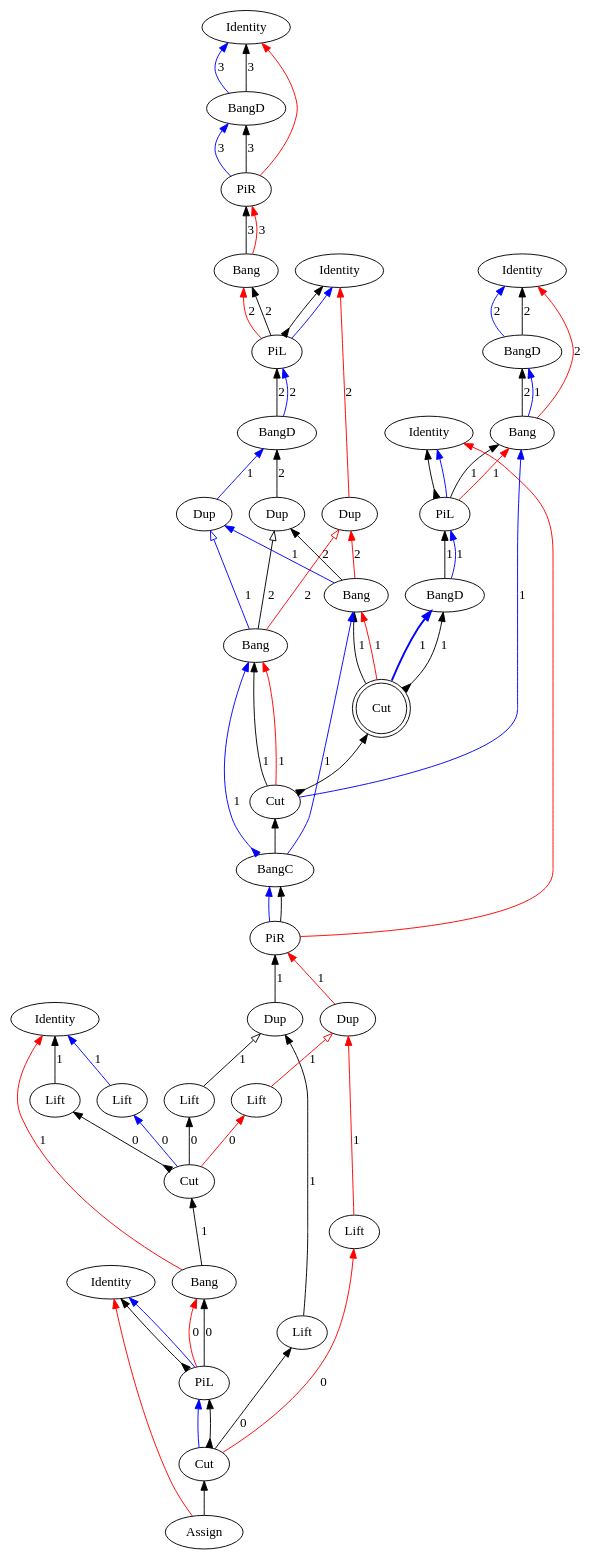
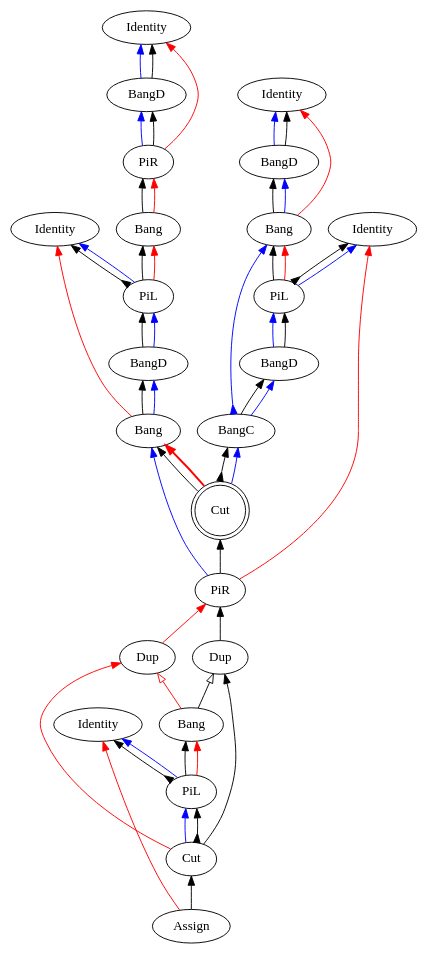
One commit to Mathnerd314/stroscot changed the diagram in src/core/graphs/example_m_12.dot. Above: the diagram before and after it, drawn with Graphviz. The commit also changed 88 other files, not shown here.

```diff
--- a/src/core/graphs/example_m_12.dot
+++ b/src/core/graphs/example_m_12.dot
@@ -7,105 +7,72 @@
 "Identity4" [label="Identity"]
 "PiL5" [label="PiL"]
 "BangD6" [label="BangD"]
-"Identity7" [label="Identity"]
-"BangD8" [label="BangD"]
-"Bang9" [label="Bang"]
-"Identity10" [label="Identity"]
-"PiL11" [label="PiL"]
-"BangD12" [label="BangD"]
-"PiR13" [label="PiR"]
-"Identity14" [label="Identity"]
-"Identity15" [label="Identity"]
-"PiL16" [label="PiL"]
-"Assign17" [label="Assign"]
-"Dup18" [label="Dup"]
+"Bang7" [label="Bang"]
+"Identity8" [label="Identity"]
+"BangD9" [label="BangD"]
+"Bang10" [label="Bang"]
+"Identity11" [label="Identity"]
+"PiL12" [label="PiL"]
+"BangD13" [label="BangD"]
+"BangC14" [label="BangC"]
+"PiR15" [label="PiR"]
+"Identity16" [label="Identity"]
+"PiL17" [label="PiL"]
+"Assign18" [label="Assign"]
 "Dup19" [label="Dup"]
-"Cut20" [label="Cut"]
-"Lift21" [label="Lift"]
-"Lift22" [label="Lift"]
-"Bang23" [label="Bang"]
-"Cut24" [label="Cut"]
-"Lift25" [label="Lift"]
-"Lift26" [label="Lift"]
-"Lift27" [label="Lift"]
-"Lift28" [label="Lift"]
-"Dup29" [label="Dup"]
-"Dup30" [label="Dup"]
-"Dup31" [label="Dup"]
-"Bang32" [label="Bang"]
-"Bang33" [label="Bang"]
-"Cut34" [label="Cut",shape=doublecircle]
-"Cut35" [label="Cut"]
-"BangC36" [label="BangC"]
-"Bang32" -> "Dup29"[color=black,weight=5,tooltip="c_bseq106",label="2",arrowhead=normal,arrowtail=none,dir=both]
-"Bang33" -> "Dup29"[color=black,weight=5,tooltip="c_bseq112",label="2",arrowhead=onormal,arrowtail=none,dir=both]
-"Dup18" -> "PiR13"[color=black,weight=5,tooltip="c_bseq32",label="1",arrowhead=normal,arrowtail=none,dir=both]
-"Bang9" -> "BangD8"[color=black,weight=5,tooltip="c_bseq58",label="2",arrowhead=normal,arrowtail=none,dir=both]
-"Dup29" -> "BangD6"[color=black,weight=5,tooltip="c_bseq67",label="2",arrowhead=normal,arrowtail=none,dir=both]
-"Bang3" -> "PiR2"[color=black,weight=5,tooltip="c_bseq79",label="3",arrowhead=normal,arrowtail=none,dir=both]
-"Lift21" -> "Dup18"[color=black,weight=5,tooltip="c_bseq86",label="1",arrowhead=normal,arrowtail=none,dir=both]
-"Lift26" -> "Dup18"[color=black,weight=5,tooltip="c_bseq90",label="1",arrowhead=onormal,arrowtail=none,dir=both]
-"Cut34" -> "Bang32"[color=black,weight=5,tooltip="dseq109",label="1",arrowhead=normal,arrowtail=none,dir=both]
-"Cut35" -> "Bang33"[color=black,weight=5,tooltip="dseq115",label="1",arrowhead=normal,arrowtail=none,dir=both]
-"PiL16" -> "Bang23"[color=black,weight=5,tooltip="dseq20",label="0",arrowhead=normal,arrowtail=none,dir=both]
-"PiL11" -> "Bang9"[color=black,weight=5,tooltip="dseq54",label="1",arrowhead=normal,arrowtail=none,dir=both]
-"PiL5" -> "Bang3"[color=black,weight=5,tooltip="dseq76",label="2",arrowhead=normal,arrowtail=none,dir=both]
-"BangC36" -> "Bang32"[color=blue,weight=2,tooltip="h110",label="1",arrowhead=normal,arrowtail=none,dir=both]
-"BangC36" -> "Bang33"[color=blue,weight=2,tooltip="h116",label="1",arrowhead=normal,arrowtail=inv,dir=both]
-"PiR13" -> "BangC36"[color=blue,weight=2,tooltip="h34",arrowhead=normal,arrowtail=none,dir=both]
-"Bang32" -> "Dup31"[color=blue,weight=2,tooltip="hf107",label="1",arrowhead=normal,arrowtail=none,dir=both]
-"Bang33" -> "Dup31"[color=blue,weight=2,tooltip="hf113",label="1",arrowhead=onormal,arrowtail=none,dir=both]
-"Dup31" -> "BangD6"[color=blue,weight=2,tooltip="hf65",label="1",arrowhead=normal,arrowtail=none,dir=both]
-"BangD6" -> "PiL5"[color=black,weight=5,tooltip="hseq72",label="2",arrowhead=normal,arrowtail=none,dir=both]
-"PiR2" -> "BangD1"[color=blue,weight=2,tooltip="i81",label="3",arrowhead=normal,arrowtail=none,dir=both]
-"PiL16" -> "Identity15"[color=black,weight=5,tooltip="idseq21",arrowhead=normal,arrowtail=inv,dir=both]
-"PiL11" -> "Identity10"[color=black,weight=5,tooltip="idseq55",arrowhead=normal,arrowtail=inv,dir=both]
+"Dup20" [label="Dup"]
+"Cut21" [label="Cut"]
+"Bang22" [label="Bang"]
+"Cut23" [label="Cut",shape=doublecircle]
+"Dup19" -> "PiR15"[color=black,weight=5,tooltip="c_bseq32",arrowhead=normal,arrowtail=none,dir=both]
+"Bang10" -> "BangD9"[color=black,weight=5,tooltip="c_bseq58",arrowhead=normal,arrowtail=none,dir=both]
+"Bang7" -> "BangD6"[color=black,weight=5,tooltip="c_bseq67",arrowhead=normal,arrowtail=none,dir=both]
+"Bang3" -> "PiR2"[color=black,weight=5,tooltip="c_bseq79",arrowhead=normal,arrowtail=none,dir=both]
+"Cut21" -> "Dup19"[color=black,weight=5,tooltip="c_bseq86",arrowhead=normal,arrowtail=none,dir=both]
+"PiL17" -> "Bang22"[color=black,weight=5,tooltip="dseq20",arrowhead=normal,arrowtail=none,dir=both]
+"PiL12" -> "Bang10"[color=black,weight=5,tooltip="dseq54",arrowhead=normal,arrowtail=none,dir=both]
+"Cut23" -> "Bang7"[color=black,weight=5,tooltip="dseq63",arrowhead=normal,arrowtail=none,dir=both]
+"PiL5" -> "Bang3"[color=black,weight=5,tooltip="dseq76",arrowhead=normal,arrowtail=none,dir=both]
+"PiR15" -> "Bang7"[color=blue,weight=2,tooltip="h34",arrowhead=normal,arrowtail=none,dir=both]
+"Bang7" -> "BangD6"[color=blue,weight=2,tooltip="hf65",arrowhead=normal,arrowtail=none,dir=both]
+"BangD6" -> "PiL5"[color=black,weight=5,tooltip="hseq72",arrowhead=normal,arrowtail=none,dir=both]
+"PiR2" -> "BangD1"[color=blue,weight=2,tooltip="i81",arrowhead=normal,arrowtail=none,dir=both]
+"PiL17" -> "Identity16"[color=black,weight=5,tooltip="idseq21",arrowhead=normal,arrowtail=inv,dir=both]
+"PiL12" -> "Identity11"[color=black,weight=5,tooltip="idseq55",arrowhead=normal,arrowtail=inv,dir=both]
 "PiL5" -> "Identity4"[color=black,weight=5,tooltip="idseq77",arrowhead=normal,arrowtail=inv,dir=both]
-"BangD1" -> "Identity0"[color=blue,weight=2,tooltip="iret84",label="3",arrowhead=normal,arrowtail=none,dir=both]
-"BangD1" -> "Identity0"[color=black,weight=5,tooltip="iseq83",label="3",arrowhead=normal,arrowtail=none,dir=both]
-"PiL16" -> "Identity15"[color=blue,weight=2,tooltip="lret19",arrowhead=normal,arrowtail=none,dir=both]
-"PiL11" -> "Identity10"[color=blue,weight=2,tooltip="lret53",arrowhead=normal,arrowtail=none,dir=both]
+"BangD1" -> "Identity0"[color=blue,weight=2,tooltip="iret84",arrowhead=normal,arrowtail=none,dir=both]
+"BangD1" -> "Identity0"[color=black,weight=5,tooltip="iseq83",arrowhead=normal,arrowtail=none,dir=both]
+"PiL17" -> "Identity16"[color=blue,weight=2,tooltip="lret19",arrowhead=normal,arrowtail=none,dir=both]
+"PiL12" -> "Identity11"[color=blue,weight=2,tooltip="lret53",arrowhead=normal,arrowtail=none,dir=both]
 "PiL5" -> "Identity4"[color=blue,weight=2,tooltip="lret75",arrowhead=normal,arrowtail=none,dir=both]
-"Cut20" -> "PiL16"[color=blue,weight=2,tooltip="lval14",arrowhead=normal,arrowtail=none,dir=both]
-"BangD12" -> "PiL11"[color=blue,weight=2,tooltip="lval48",label="1",arrowhead=normal,arrowtail=none,dir=both]
-"BangD6" -> "PiL5"[color=blue,weight=2,tooltip="lval70",label="2",arrowhead=normal,arrowtail=none,dir=both]
-"Bang23" -> "Cut24"[color=black,weight=5,tooltip="newcut_bseq100",label="1",arrowhead=normal,arrowtail=none,dir=both]
-"Cut34" -> "Bang32"[color=red,weight=2,tooltip="newrret111",label="1",arrowhead=normal,arrowtail=none,dir=both]
-"Cut35" -> "Bang33"[color=red,weight=2,tooltip="newrret117",label="1",arrowhead=normal,arrowtail=none,dir=both]
-"PiL16" -> "Bang23"[color=red,weight=2,tooltip="newrret18",label="0",arrowhead=normal,arrowtail=none,dir=both]
-"PiL11" -> "Bang9"[color=red,weight=2,tooltip="newrret52",label="1",arrowhead=normal,arrowtail=none,dir=both]
-"PiL5" -> "Bang3"[color=red,weight=2,tooltip="newrret74",label="2",arrowhead=normal,arrowtail=none,dir=both]
-"Bang32" -> "Dup30"[color=red,weight=2,tooltip="newrretf108",label="2",arrowhead=normal,arrowtail=none,dir=both]
-"Bang33" -> "Dup30"[color=red,weight=2,tooltip="newrretf114",label="2",arrowhead=onormal,arrowtail=none,dir=both]
-"Bang23" -> "Identity14"[color=red,weight=2,tooltip="newrretf23",label="1",arrowhead=normal,arrowtail=none,dir=both]
-"Dup19" -> "PiR13"[color=red,weight=2,tooltip="newrretf31",label="1",arrowhead=normal,arrowtail=none,dir=both]
-"Bang9" -> "Identity7"[color=red,weight=2,tooltip="newrretf57",label="2",arrowhead=normal,arrowtail=none,dir=both]
-"Dup30" -> "Identity4"[color=red,weight=2,tooltip="newrretf66",label="2",arrowhead=normal,arrowtail=none,dir=both]
-"Bang3" -> "PiR2"[color=red,weight=2,tooltip="newrretf78",label="3",arrowhead=normal,arrowtail=none,dir=both]
-"Lift22" -> "Dup19"[color=red,weight=2,tooltip="newrretf87",label="1",arrowhead=normal,arrowtail=none,dir=both]
-"Lift28" -> "Dup19"[color=red,weight=2,tooltip="newrretf91",label="1",arrowhead=onormal,arrowtail=none,dir=both]
-"PiR13" -> "Identity10"[color=red,weight=2,tooltip="ret42",arrowhead=normal,arrowtail=none,dir=both]
-"Assign17" -> "Identity15"[color=red,weight=2,tooltip="ret8",arrowhead=normal,arrowtail=none,dir=both]
+"Cut21" -> "PiL17"[color=blue,weight=2,tooltip="lval14",arrowhead=normal,arrowtail=none,dir=both]
+"BangD13" -> "PiL12"[color=blue,weight=2,tooltip="lval48",arrowhead=normal,arrowtail=none,dir=both]
+"BangD6" -> "PiL5"[color=blue,weight=2,tooltip="lval70",arrowhead=normal,arrowtail=none,dir=both]
+"Bang22" -> "Dup19"[color=black,weight=5,tooltip="newcut_bseq100",arrowhead=onormal,arrowtail=none,dir=both]
+"PiL17" -> "Bang22"[color=red,weight=2,tooltip="newrret18",arrowhead=normal,arrowtail=none,dir=both]
+"PiL12" -> "Bang10"[color=red,weight=2,tooltip="newrret52",arrowhead=normal,arrowtail=none,dir=both]
+"Cut23" -> "Bang7"[color=red,weight=2,tooltip="newrret61",arrowhead=normal,arrowtail=none,penwidth=2,dir=both]
+"PiL5" -> "Bang3"[color=red,weight=2,tooltip="newrret74",arrowhead=normal,arrowtail=none,dir=both]
+"Dup20" -> "PiR15"[color=red,weight=2,tooltip="newrretf31",arrowhead=normal,arrowtail=none,dir=both]
+"Bang10" -> "Identity8"[color=red,weight=2,tooltip="newrretf57",arrowhead=normal,arrowtail=none,dir=both]
+"Bang7" -> "Identity4"[color=red,weight=2,tooltip="newrretf66",arrowhead=normal,arrowtail=none,dir=both]
+"Bang3" -> "PiR2"[color=red,weight=2,tooltip="newrretf78",arrowhead=normal,arrowtail=none,dir=both]
+"Cut21" -> "Dup20"[color=red,weight=2,tooltip="newrretf87",arrowhead=normal,arrowtail=none,dir=both]
+"Bang22" -> "Dup20"[color=red,weight=2,tooltip="newrretf91",arrowhead=onormal,arrowtail=none,dir=both]
+"PiR15" -> "Identity11"[color=red,weight=2,tooltip="ret42",arrowhead=normal,arrowtail=none,dir=both]
+"Assign18" -> "Identity16"[color=red,weight=2,tooltip="ret8",arrowhead=normal,arrowtail=none,dir=both]
 "PiR2" -> "Identity0"[color=red,weight=2,tooltip="ret82",arrowhead=normal,arrowtail=none,dir=both]
-"PiR13" -> "BangC36"[color=black,weight=5,tooltip="seq33",arrowhead=normal,arrowtail=none,dir=both]
-"Cut34" -> "BangD12"[color=black,weight=5,tooltip="seq45",label="1",arrowhead=normal,arrowtail=inv,dir=both]
-"PiR2" -> "BangD1"[color=black,weight=5,tooltip="seq80",label="3",arrowhead=normal,arrowtail=none,dir=both]
-"BangC36" -> "Cut35"[color=black,weight=5,tooltip="seqBB119",arrowhead=normal,arrowtail=none,dir=both]
-"Cut35" -> "Cut34"[color=black,weight=5,tooltip="seqBC118",arrowhead=normal,arrowtail=inv,dir=both]
-"Assign17" -> "Cut20"[color=black,weight=5,tooltip="seqBC94",arrowhead=normal,arrowtail=none,dir=both]
-"Cut24" -> "Lift25"[color=black,weight=5,tooltip="seqDD103",label="0",arrowhead=normal,arrowtail=inv,dir=both]
-"Cut24" -> "Lift27"[color=blue,weight=2,tooltip="seqDE104",label="0",arrowhead=normal,arrowtail=none,dir=both]
-"Cut24" -> "Lift28"[color=red,weight=2,tooltip="seqDM102",label="0",arrowhead=normal,arrowtail=none,dir=both]
-"Cut20" -> "Lift22"[color=red,weight=2,tooltip="seqDM96",label="0",arrowhead=normal,arrowtail=none,dir=both]
-"Cut24" -> "Lift26"[color=black,weight=5,tooltip="seqDS101",label="0",arrowhead=normal,arrowtail=none,dir=both]
-"Cut20" -> "Lift21"[color=black,weight=5,tooltip="seqDS95",label="0",arrowhead=normal,arrowtail=none,dir=both]
-"Lift27" -> "Identity14"[color=blue,weight=2,tooltip="xret26",label="1",arrowhead=normal,arrowtail=none,dir=both]
-"Cut20" -> "PiL16"[color=black,weight=5,tooltip="xseq16",arrowhead=normal,arrowtail=inv,dir=both]
-"Lift25" -> "Identity14"[color=black,weight=5,tooltip="xseq25",label="1",arrowhead=normal,arrowtail=none,dir=both]
-"Cut34" -> "BangD12"[color=blue,weight=2,tooltip="yA43",label="1",arrowhead=normal,arrowtail=none,penwidth=2,dir=both]
-"Cut35" -> "Bang9"[color=blue,weight=2,tooltip="yB44",label="1",arrowhead=normal,arrowtail=none,dir=both]
-"Bang9" -> "BangD8"[color=blue,weight=2,tooltip="yBf56",label="1",arrowhead=normal,arrowtail=none,dir=both]
-"BangD8" -> "Identity7"[color=blue,weight=2,tooltip="yret60",label="2",arrowhead=normal,arrowtail=none,dir=both]
-"BangD12" -> "PiL11"[color=black,weight=5,tooltip="yseq50",label="1",arrowhead=normal,arrowtail=none,dir=both]
-"BangD8" -> "Identity7"[color=black,weight=5,tooltip="yseq59",label="2",arrowhead=normal,arrowtail=none,dir=both]
+"PiR15" -> "Cut23"[color=black,weight=5,tooltip="seq33",arrowhead=normal,arrowtail=none,dir=both]
+"Cut23" -> "BangC14"[color=black,weight=5,tooltip="seq40",arrowhead=normal,arrowtail=inv,dir=both]
+"BangC14" -> "BangD13"[color=black,weight=5,tooltip="seq45",arrowhead=normal,arrowtail=none,dir=both]
+"PiR2" -> "BangD1"[color=black,weight=5,tooltip="seq80",arrowhead=normal,arrowtail=none,dir=both]
+"Assign18" -> "Cut21"[color=black,weight=5,tooltip="seqBC94",arrowhead=normal,arrowtail=none,dir=both]
+"Cut21" -> "PiL17"[color=black,weight=5,tooltip="xseq16",arrowhead=normal,arrowtail=inv,dir=both]
+"Cut23" -> "BangC14"[color=blue,weight=2,tooltip="y41",arrowhead=normal,arrowtail=none,dir=both]
+"BangC14" -> "BangD13"[color=blue,weight=2,tooltip="yA43",arrowhead=normal,arrowtail=none,dir=both]
+"BangC14" -> "Bang10"[color=blue,weight=2,tooltip="yB44",arrowhead=normal,arrowtail=inv,dir=both]
+"Bang10" -> "BangD9"[color=blue,weight=2,tooltip="yBf56",arrowhead=normal,arrowtail=none,dir=both]
+"BangD9" -> "Identity8"[color=blue,weight=2,tooltip="yret60",arrowhead=normal,arrowtail=none,dir=both]
+"BangD13" -> "PiL12"[color=black,weight=5,tooltip="yseq50",arrowhead=normal,arrowtail=none,dir=both]
+"BangD9" -> "Identity8"[color=black,weight=5,tooltip="yseq59",arrowhead=normal,arrowtail=none,dir=both]
 }
```
